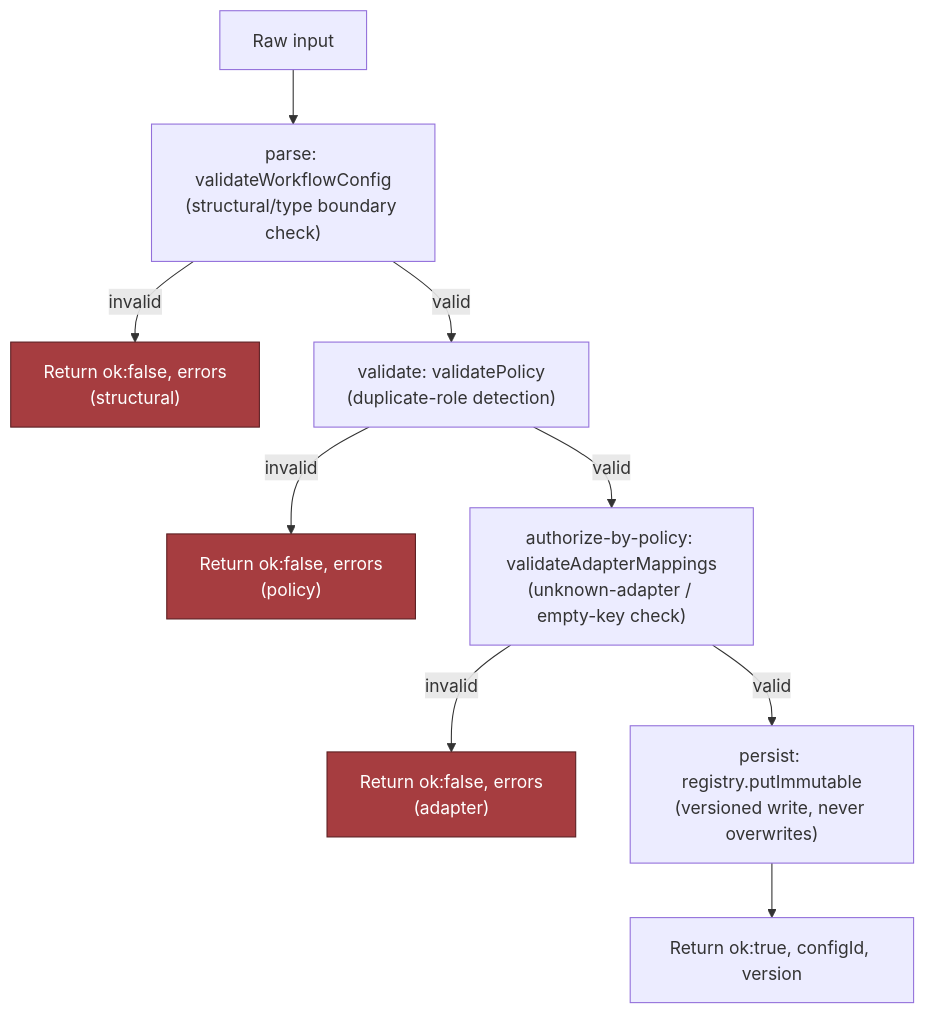
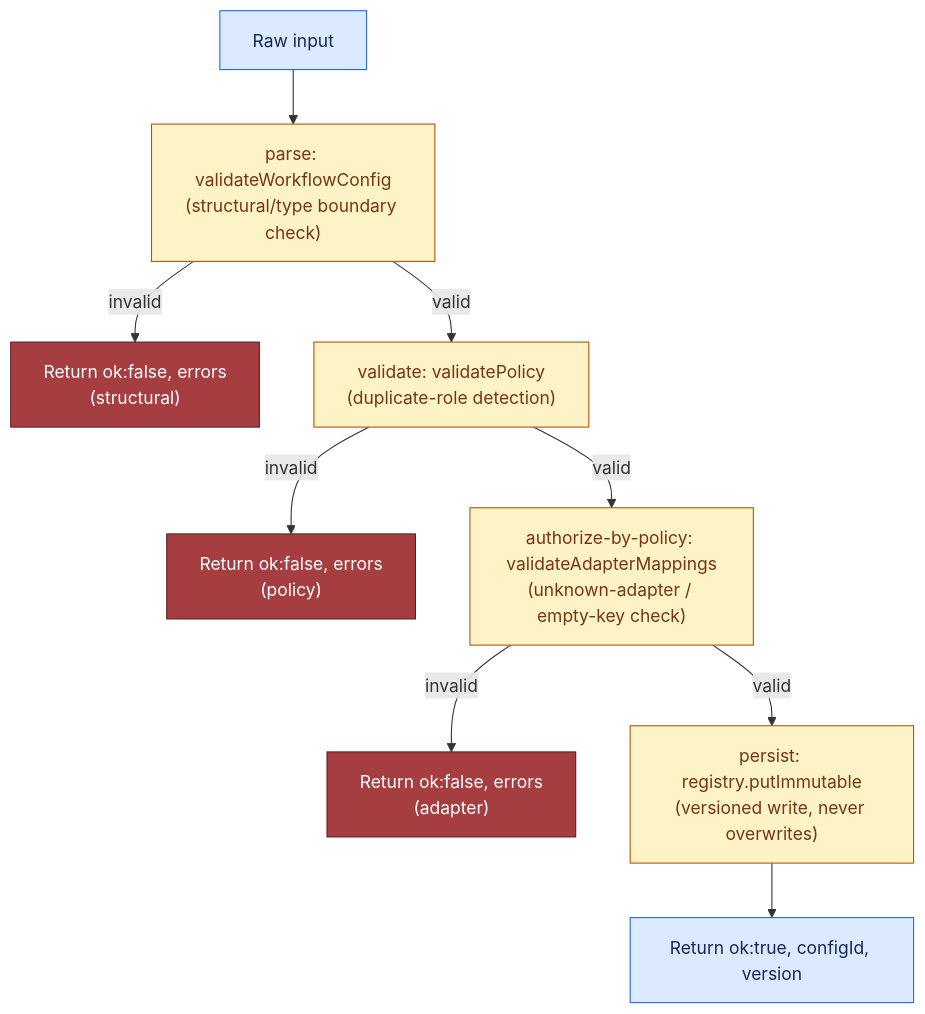
One commit to Sourav692/Forward-Deployed-Engineer-Interview-Prep changed the second of 2 diagrams in site/content/modules/15-fde-case-studies/standalone-designs/configurable-platform-customer-workflows/tutorial-v2-part-3.md. Above: the diagram before and after it, drawn with Mermaid. The commit also changed other lines of this file and 1268 other files, not shown here.

First line of the commit message:
content: polish Casebook writing and Mermaid diagrams (#251)

````diff
--- a/site/content/modules/15-fde-case-studies/standalone-designs/configurable-platform-customer-workflows/tutorial-v2-part-3.md
+++ b/site/content/modules/15-fde-case-studies/standalone-designs/configurable-platform-customer-workflows/tutorial-v2-part-3.md
@@ -214,14 +220,22 @@
 ```mermaid
 flowchart TD
   RAW["Raw input"] --> PARSE["parse: validateWorkflowConfig<br/>(structural/type boundary check)"]
   PARSE -->|invalid| FAIL1["Return ok:false, errors<br/>(structural)"]
   PARSE -->|valid| POLICY["validate: validatePolicy<br/>(duplicate-role detection)"]
   POLICY -->|invalid| FAIL2["Return ok:false, errors<br/>(policy)"]
   POLICY -->|valid| ADAPTER["authorize-by-policy: validateAdapterMappings<br/>(unknown-adapter / empty-key check)"]
   ADAPTER -->|invalid| FAIL3["Return ok:false, errors<br/>(adapter)"]
   ADAPTER -->|valid| PERSIST["persist: registry.putImmutable<br/>(versioned write, never overwrites)"]
   PERSIST --> OK["Return ok:true, configId, version"]
   style FAIL1 fill:#a63d40,stroke:#5c1f22,color:#fff
   style FAIL2 fill:#a63d40,stroke:#5c1f22,color:#fff
   style FAIL3 fill:#a63d40,stroke:#5c1f22,color:#fff
+
+    %% Casebook colours: entry, reasoning, results, controls, and stopped paths.
+    classDef cbInput fill:#dbeafe,stroke:#2563eb,color:#172554
+    class RAW,OK cbInput
+    classDef cbPolicy fill:#fef3c7,stroke:#b45309,color:#78350f
+    class PARSE,POLICY,FAIL2,ADAPTER,PERSIST cbPolicy
+    classDef cbAction fill:#dcfce7,stroke:#15803d,color:#14532d
+    class FAIL1,FAIL3 cbAction
 ```
````
